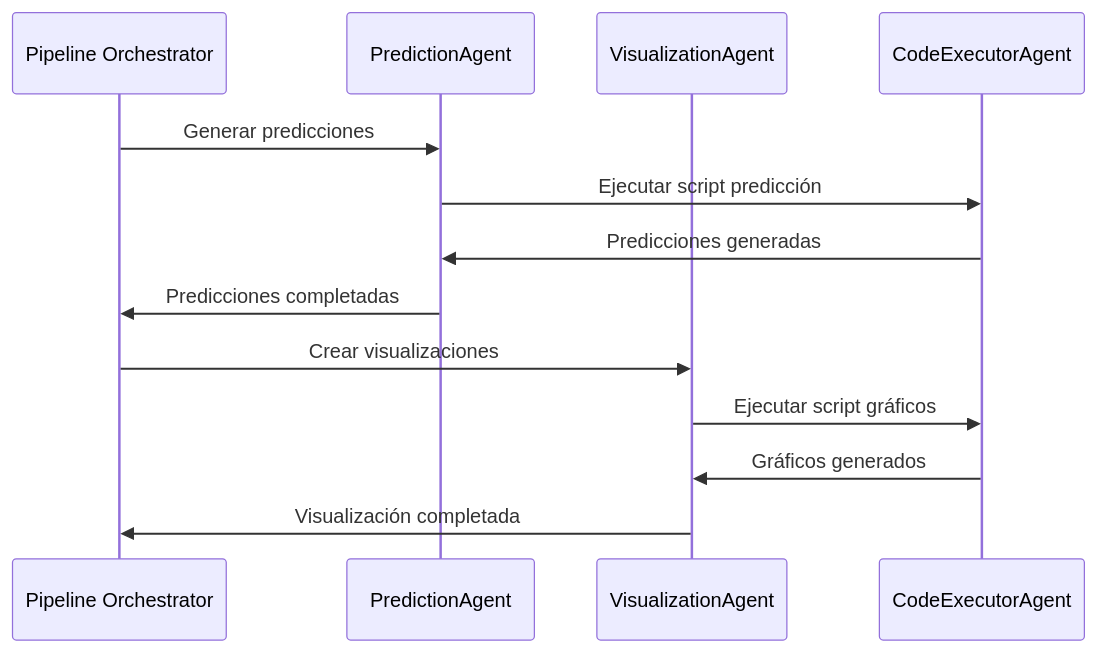
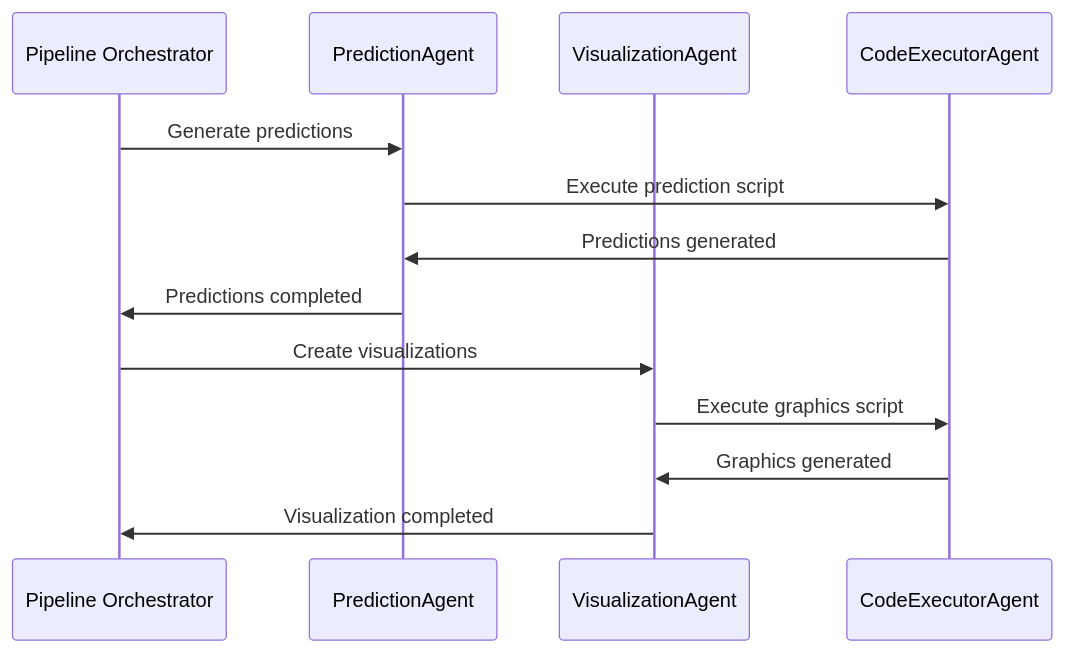
Before and after one commit to davidmonterocrespo24/Agents2ML: the fourth of 5 diagrams in docs/02_architecture.md, drawn with Mermaid. The commit also changed other lines of this file and 13 other files, not shown here.

````diff
--- a/docs/02_architecture.md
+++ b/docs/02_architecture.md
@@ -177,16 +177,16 @@
 ```mermaid
 sequenceDiagram
     participant PO as Pipeline Orchestrator
     participant PA as PredictionAgent
     participant VA as VisualizationAgent
     participant CEA as CodeExecutorAgent
     
-    PO->>PA: Generar predicciones
-    PA->>CEA: Ejecutar script predicción
-    CEA->>PA: Predicciones generadas
-    PA->>PO: Predicciones completadas
-    PO->>VA: Crear visualizaciones
-    VA->>CEA: Ejecutar script gráficos
-    CEA->>VA: Gráficos generados
-    VA->>PO: Visualización completada
+    PO->>PA: Generate predictions
+    PA->>CEA: Execute prediction script
+    CEA->>PA: Predictions generated
+    PA->>PO: Predictions completed
+    PO->>VA: Create visualizations
+    VA->>CEA: Execute graphics script
+    CEA->>VA: Graphics generated
+    VA->>PO: Visualization completed
 ```
````
